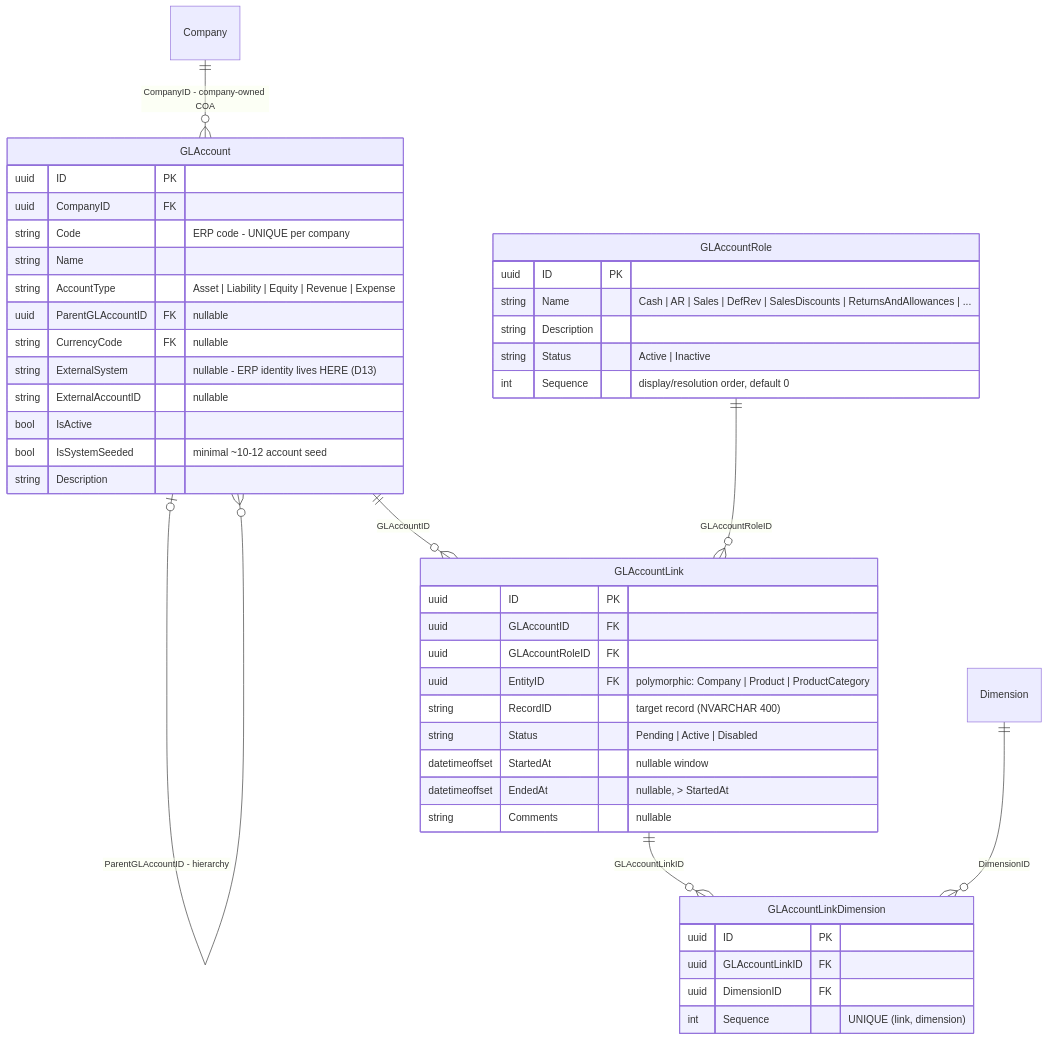
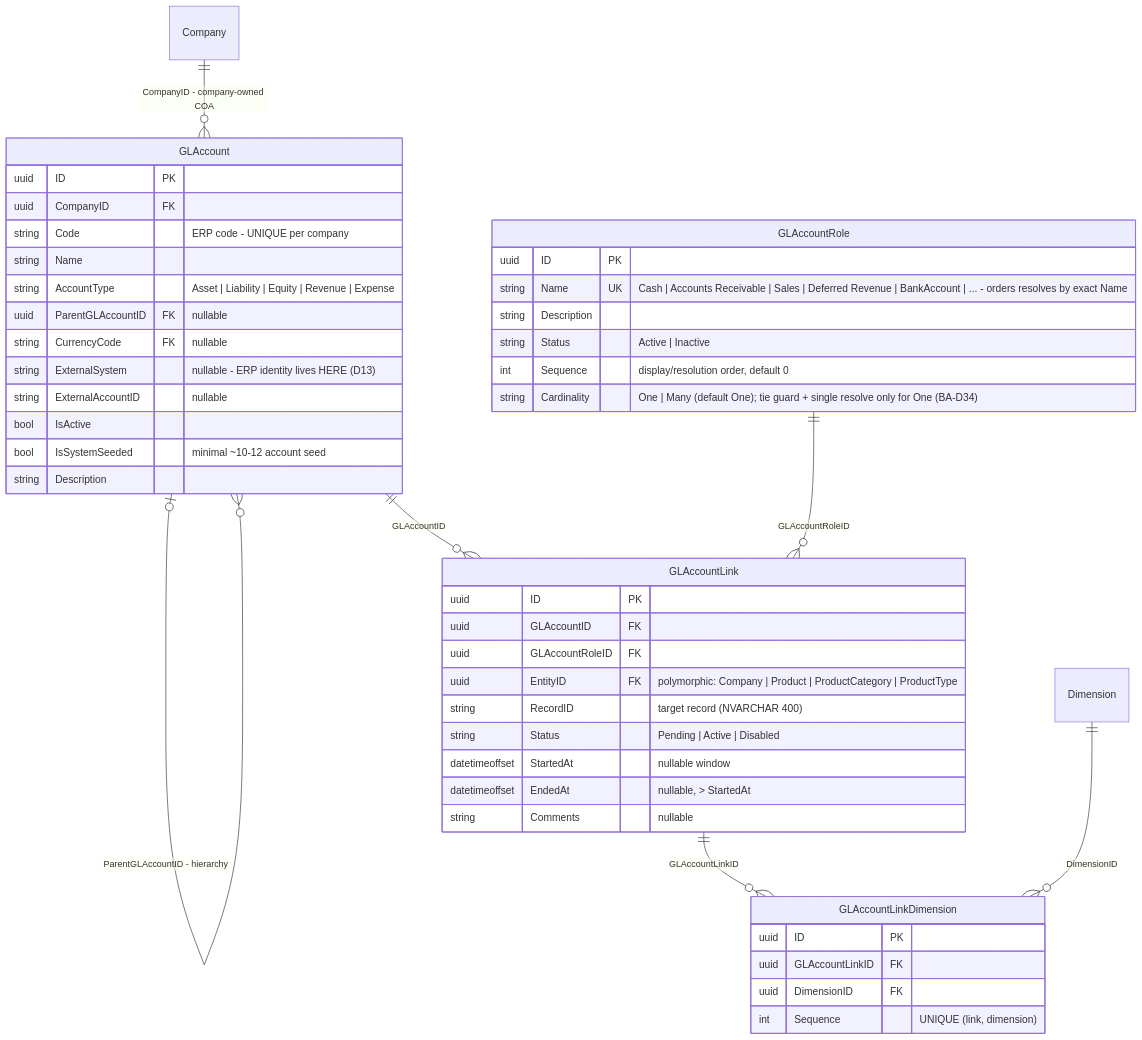
One commit to MemberJunction/bizapps-accounting changed the fourth of 14 diagrams in docs/bizapps-accounting-erd.md. Above: the diagram before and after it, drawn with Mermaid. The commit also changed other lines of this file and 27 other files, not shown here.

````diff
--- a/docs/bizapps-accounting-erd.md
+++ b/docs/bizapps-accounting-erd.md
@@ -537,48 +608,49 @@
 ```mermaid
 erDiagram
     Company ||--o{ GLAccount : "CompanyID - company-owned COA"
     GLAccount |o--o{ GLAccount : "ParentGLAccountID - hierarchy"
     GLAccount ||--o{ GLAccountLink : "GLAccountID"
     GLAccountRole ||--o{ GLAccountLink : "GLAccountRoleID"
     GLAccountLink ||--o{ GLAccountLinkDimension : "GLAccountLinkID"
     Dimension ||--o{ GLAccountLinkDimension : "DimensionID"
 
     GLAccount {
         uuid ID PK
         uuid CompanyID FK
         string Code "ERP code - UNIQUE per company"
         string Name
         string AccountType "Asset | Liability | Equity | Revenue | Expense"
         uuid ParentGLAccountID FK "nullable"
         string CurrencyCode FK "nullable"
         string ExternalSystem "nullable - ERP identity lives HERE (D13)"
         string ExternalAccountID "nullable"
         bool IsActive
         bool IsSystemSeeded "minimal ~10-12 account seed"
         string Description
     }
     GLAccountRole {
         uuid ID PK
-        string Name "Cash | AR | Sales | DefRev | SalesDiscounts | ReturnsAndAllowances | ..."
+        string Name UK "Cash | Accounts Receivable | Sales | Deferred Revenue | BankAccount | ... - orders resolves by exact Name"
         string Description
         string Status "Active | Inactive"
         int Sequence "display/resolution order, default 0"
+        string Cardinality "One | Many (default One); tie guard + single resolve only for One (BA-D34)"
     }
     GLAccountLink {
         uuid ID PK
         uuid GLAccountID FK
         uuid GLAccountRoleID FK
-        uuid EntityID FK "polymorphic: Company | Product | ProductCategory"
+        uuid EntityID FK "polymorphic: Company | Product | ProductCategory | ProductType"
         string RecordID "target record (NVARCHAR 400)"
         string Status "Pending | Active | Disabled"
         datetimeoffset StartedAt "nullable window"
         datetimeoffset EndedAt "nullable, > StartedAt"
         string Comments "nullable"
     }
     GLAccountLinkDimension {
         uuid ID PK
         uuid GLAccountLinkID FK
         uuid DimensionID FK
         int Sequence "UNIQUE (link, dimension)"
     }
 ```
````
